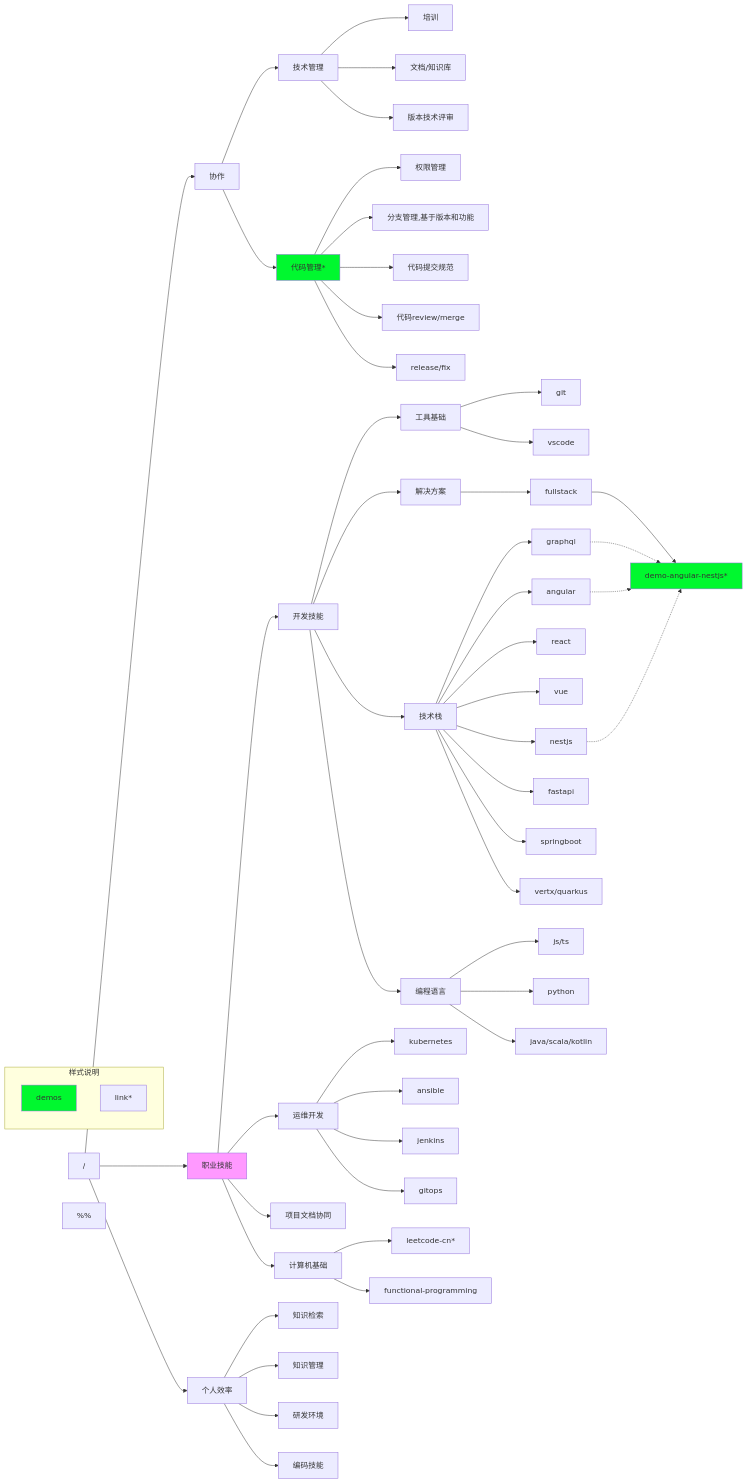
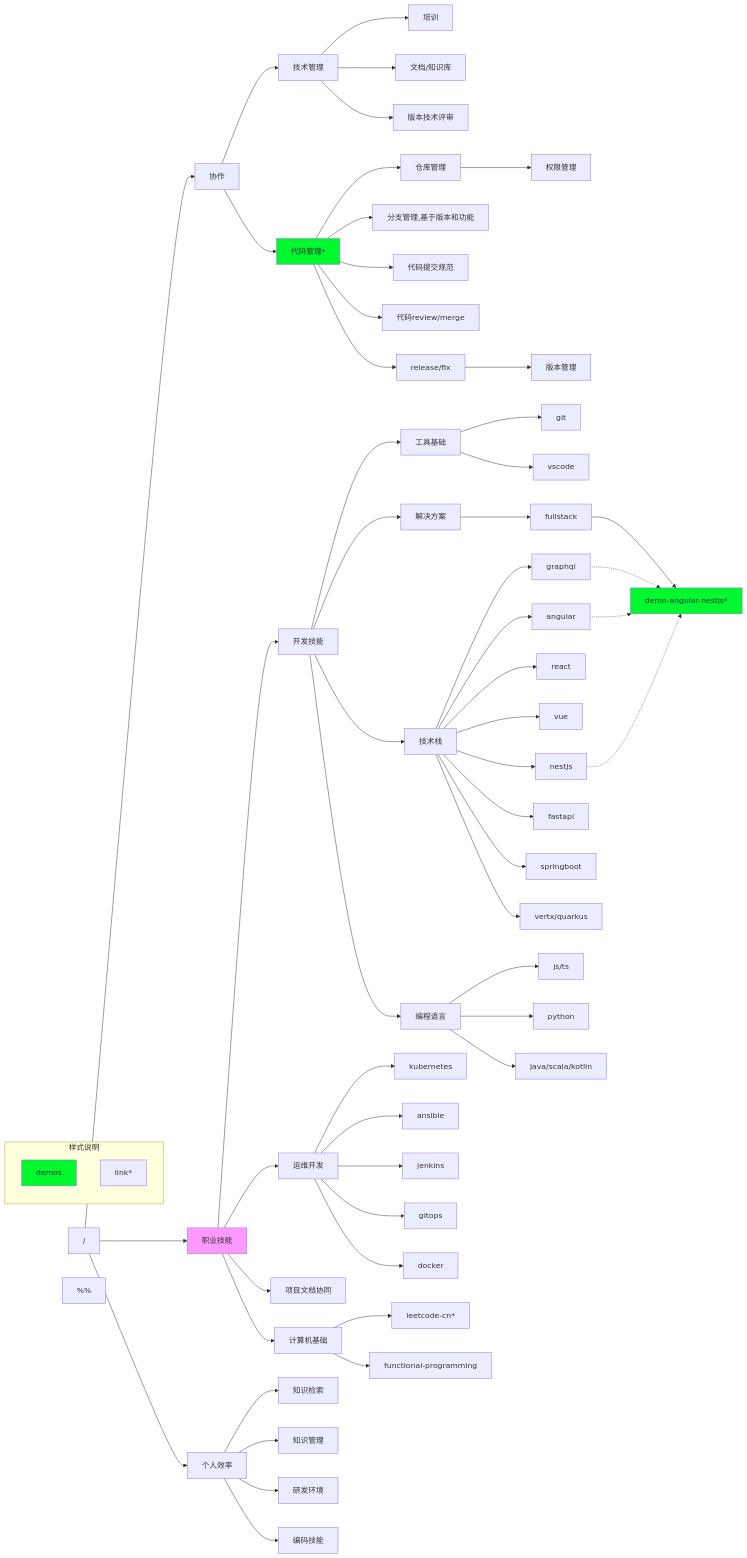
The diagram in README.md (lovepocky-home/skills), drawn with Mermaid before and after one commit. The commit also changed other lines of this file and 1 other file, not shown here.

````diff
--- a/README.md
+++ b/README.md
@@ -75,11 +81,11 @@
   techmana --> 文档/知识库
   techmana --> 版本技术评审
 
-  srcmana --> 权限管理
+  srcmana --> 仓库管理 --> 权限管理
   srcmana --> 分支管理,基于版本和功能
   srcmana --> 代码提交规范
   srcmana --> 代码review/merge
-  srcmana --> release/fix
+  srcmana --> release/fix --> 版本管理
 
   %% 工具基础
   tools --> git
@@ -103,5 +109,6 @@
   devops --> ansible
   devops --> jenkins
   devops --> gitops
+  devops --> docker
 
 ```
````
